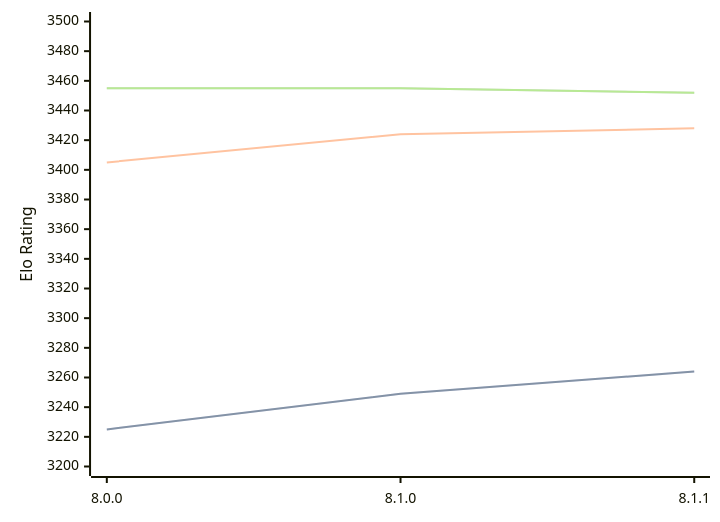
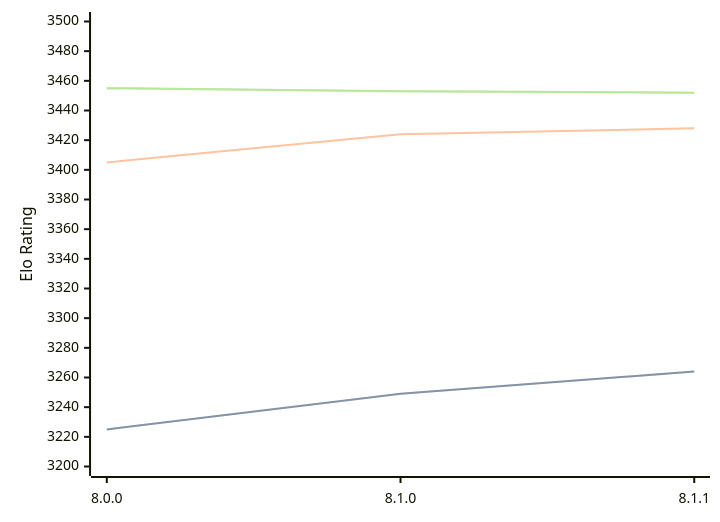
Before and after one commit to computer-chess-index/cci: the diagram in engines/Velvet.md, drawn with Mermaid. The commit also changed other lines of this file, not shown here.

Commit message:
Update CCI Ratings (ELO VLTC) - 2026-06-09

````diff
--- a/engines/Velvet.md
+++ b/engines/Velvet.md
@@ -57,11 +57,11 @@
 ```mermaid
 %%{init: {"theme":"base","themeVariables":{"seriesColors:['#a3a3a3','#222221','#faa371']}}}%%
 xychart-beta
   x-axis ["8.0.0", "8.1.0", "8.1.1"]
   y-axis "Elo Rating" 3200 --> 3500
   line "STC (8.0+0.08s)" [3225, 3249, 3264]
   line "STC (8.0+0.08s)" [3225, 3249, 3264]
   line "LTC (60.0+0.60s)" [3405, 3424, 3428]
-  line "VLTC (2m24s+1.12s)" [3455, 3455, 3452]
-  line "VLTC (2m24s+1.12s)" [3455, 3455, 3452]
+  line "VLTC (2m24s+1.12s)" [3455, 3453, 3452]
+  line "VLTC (2m24s+1.12s)" [3455, 3453, 3452]
 ```
````
